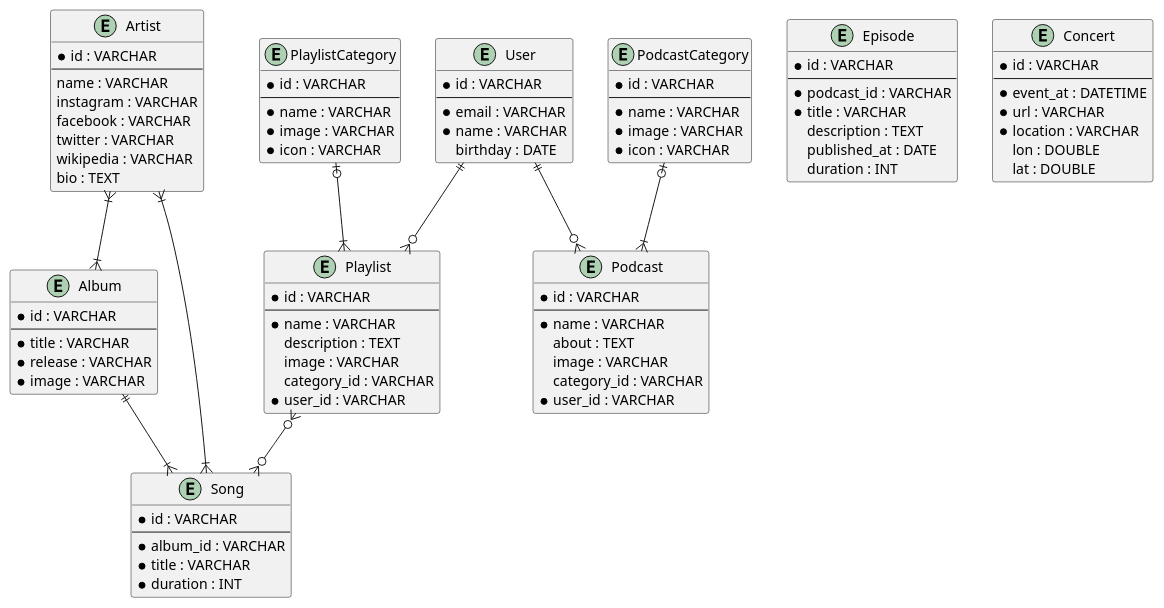
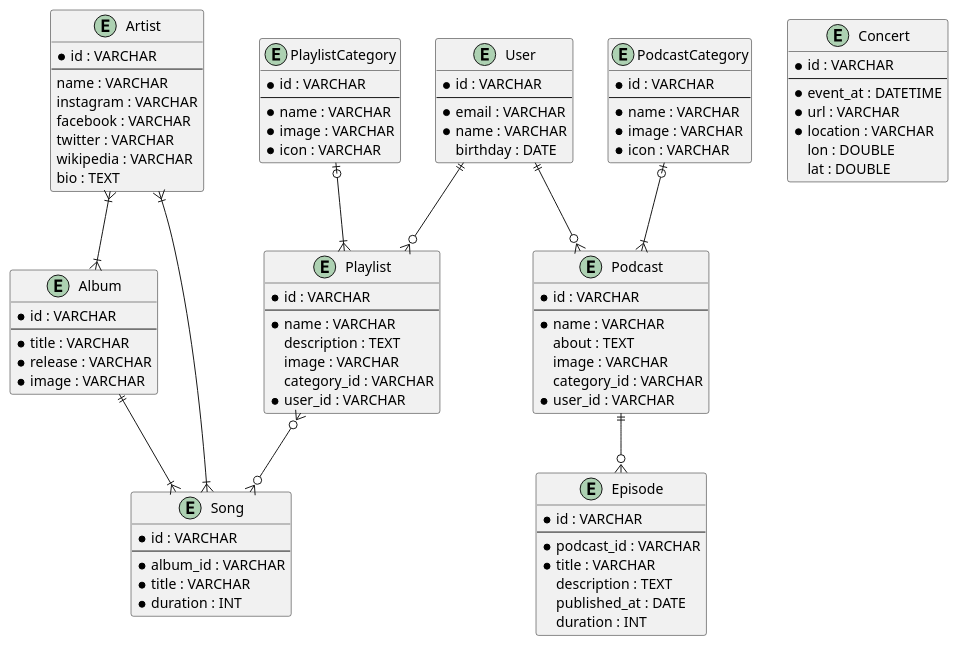
Before and after one commit to muhammad-huzaifah/database_design: the diagram in relasi_entity_podcast.puml, drawn with PlantUML.

Commit message:
add relasi entity podcast

```diff
--- a/relasi_entity_podcast.puml
+++ b/relasi_entity_podcast.puml
@@ -1,108 +1,110 @@
 @startuml
 entity Artist{
     * id : VARCHAR
     --
     name : VARCHAR
     instagram : VARCHAR
     facebook : VARCHAR
     twitter : VARCHAR
     wikipedia : VARCHAR
     bio : TEXT
 }
 
 entity Album{
     * id : VARCHAR
     --
     * title : VARCHAR
     * release : VARCHAR
     * image : VARCHAR
 }
 
 entity Song{
     * id : VARCHAR
     --
     * album_id : VARCHAR
     * title : VARCHAR
     * duration : INT
 }
 
 entity PlaylistCategory{
     * id : VARCHAR
     --
     * name : VARCHAR
     * image : VARCHAR
     * icon : VARCHAR
 }
 
 entity Playlist{
     * id : VARCHAR
     --
     * name : VARCHAR
     description : TEXT
     image : VARCHAR
     category_id : VARCHAR
     *user_id : VARCHAR
 }
 
 entity PodcastCategory{
     * id : VARCHAR
     --
     * name : VARCHAR
     * image : VARCHAR
     * icon : VARCHAR
 }
 
 entity Podcast{
     * id : VARCHAR
     --
     * name : VARCHAR
     about : TEXT
     image : VARCHAR
     category_id : VARCHAR
     * user_id : VARCHAR
 }
 
 entity Episode{
     * id : VARCHAR
     --
     * podcast_id : VARCHAR
     * title : VARCHAR
     description : TEXT
     published_at : DATE
     duration : INT
 }
 
 entity User{
     * id : VARCHAR
     --
     * email : VARCHAR
     * name : VARCHAR
     birthday : DATE
 }
 
 entity Concert{
     * id : VARCHAR
     --
     * event_at : DATETIME
     * url : VARCHAR
     * location : VARCHAR
     lon : DOUBLE
     lat : DOUBLE
 }
 
 Artist }|--|{ Album
 
 Album ||--|{ Song
 
 Artist }|--|{ Song
 
 PlaylistCategory |o--|{ Playlist
 
 User ||--o{ Playlist
 
 Playlist }o--o{ Song
 
 PodcastCategory |o--|{ Podcast
 
 User ||--o{ Podcast
+
+Podcast ||--o{ Episode
 @enduml
```
